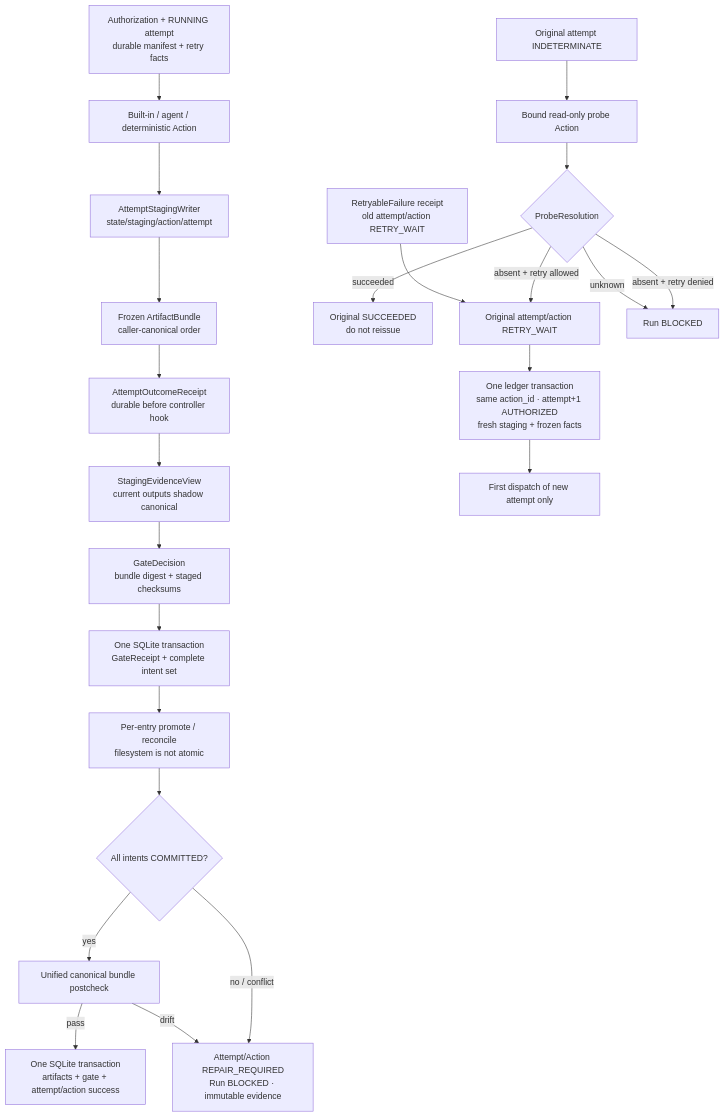
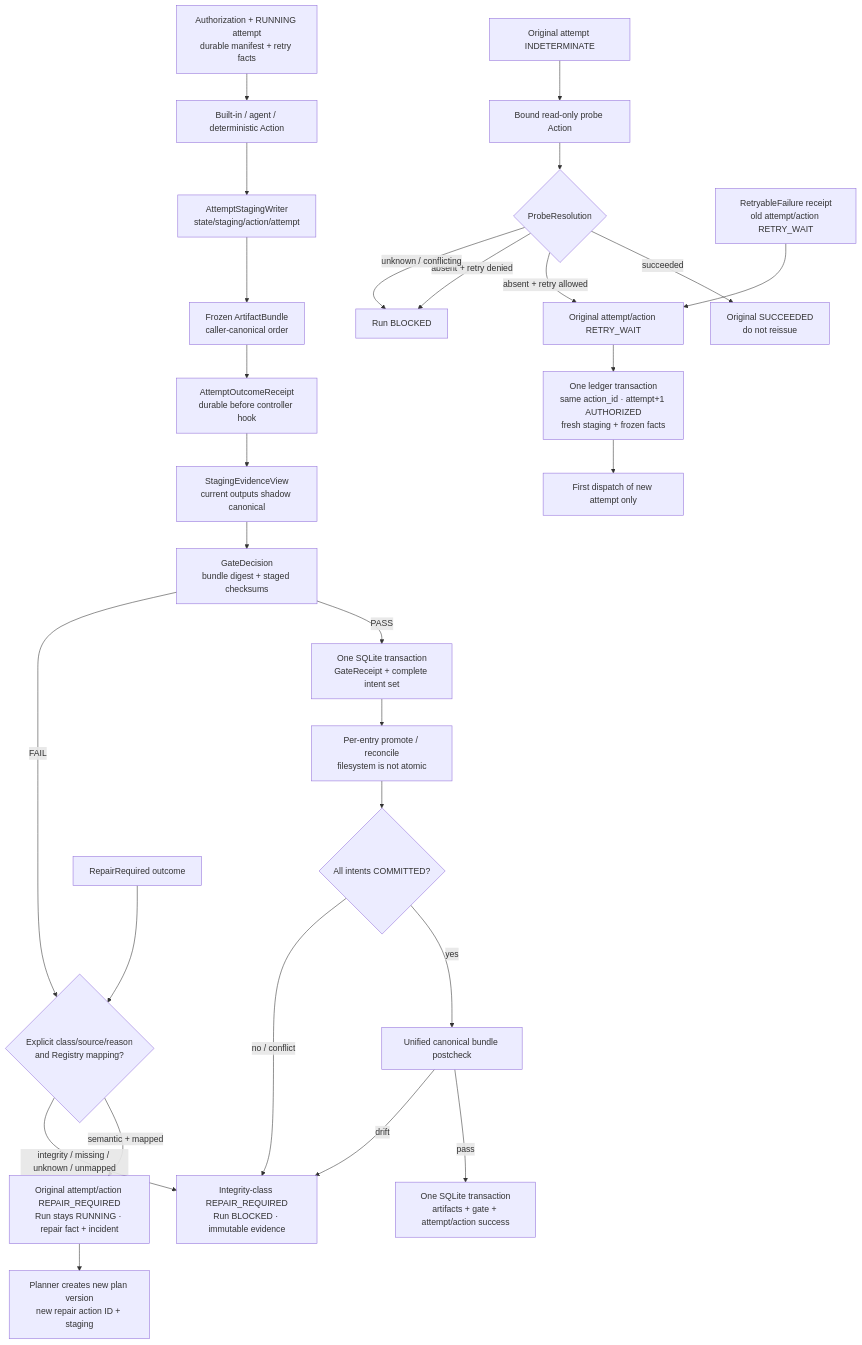
One commit to Valkure-Yip/ai-book-interpreter changed the diagram in docs/superpowers/plans/2026-08-04-constrained-dynamic-orchestration.md. Above: the diagram before and after it, drawn with Mermaid. The commit also changed other lines of this file and 1 other file, not shown here.

Commit message:
docs: separate semantic repair from integrity blocking

````diff
--- a/docs/superpowers/plans/2026-08-04-constrained-dynamic-orchestration.md
+++ b/docs/superpowers/plans/2026-08-04-constrained-dynamic-orchestration.md
@@ -82,26 +102,32 @@
 ```mermaid
 flowchart TD
     AUTH["Authorization + RUNNING attempt<br/>durable manifest + retry facts"] --> ACTION["Built-in / agent / deterministic Action"]
     ACTION --> WRITER["AttemptStagingWriter<br/>state/staging/action/attempt"]
     WRITER --> BUNDLE["Frozen ArtifactBundle<br/>caller-canonical order"]
     BUNDLE --> OUTREC["AttemptOutcomeReceipt<br/>durable before controller hook"]
     OUTREC --> VIEW["StagingEvidenceView<br/>current outputs shadow canonical"]
     VIEW --> GATE["GateDecision<br/>bundle digest + staged checksums"]
-    GATE --> INTENTS["One SQLite transaction<br/>GateReceipt + complete intent set"]
+    GATE -- "PASS" --> INTENTS["One SQLite transaction<br/>GateReceipt + complete intent set"]
     INTENTS --> PROMOTE["Per-entry promote / reconcile<br/>filesystem is not atomic"]
     PROMOTE --> ALL{"All intents COMMITTED?"}
     ALL -- "yes" --> POSTCHECK["Unified canonical bundle postcheck"]
     POSTCHECK -- "pass" --> SUCCESS["One SQLite transaction<br/>artifacts + gate + attempt/action success"]
-    ALL -- "no / conflict" --> INCIDENT["Attempt/Action REPAIR_REQUIRED<br/>Run BLOCKED · immutable evidence"]
+    ALL -- "no / conflict" --> INCIDENT["Integrity-class REPAIR_REQUIRED<br/>Run BLOCKED · immutable evidence"]
     POSTCHECK -- "drift" --> INCIDENT
+
+    REPAIR["RepairRequired outcome"] --> REPAIRCLASS{"Explicit class/source/reason<br/>and Registry mapping?"}
+    GATE -- "FAIL" --> REPAIRCLASS
+    REPAIRCLASS -- "semantic + mapped" --> SEMANTIC["Original attempt/action REPAIR_REQUIRED<br/>Run stays RUNNING · repair fact + incident"]
+    SEMANTIC --> NEWREPAIR["Planner creates new plan version<br/>new repair action ID + staging"]
+    REPAIRCLASS -- "integrity / missing / unknown / unmapped" --> INCIDENT
 
     INDET["Original attempt INDETERMINATE"] --> PROBE["Bound read-only probe Action"]
     PROBE --> RESOLUTION{"ProbeResolution"}
     RESOLUTION -- "succeeded" --> ORIGINALOK["Original SUCCEEDED<br/>do not reissue"]
     RESOLUTION -- "absent + retry allowed" --> RETRY["Original attempt/action RETRY_WAIT"]
     RETRYABLE["RetryableFailure receipt<br/>old attempt/action RETRY_WAIT"] --> RETRY
     RETRY --> NEXTATTEMPT["One ledger transaction<br/>same action_id · attempt+1 AUTHORIZED<br/>fresh staging + frozen facts"]
     NEXTATTEMPT --> NEXTDISPATCH["First dispatch of new attempt only"]
     RESOLUTION -- "absent + retry denied" --> BLOCKED["Run BLOCKED"]
-    RESOLUTION -- "unknown" --> BLOCKED
+    RESOLUTION -- "unknown / conflicting" --> BLOCKED
 ```
````
